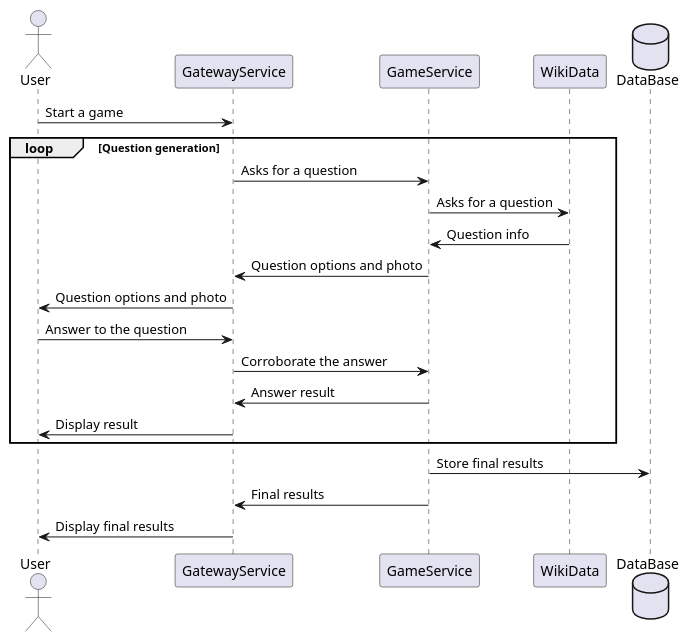
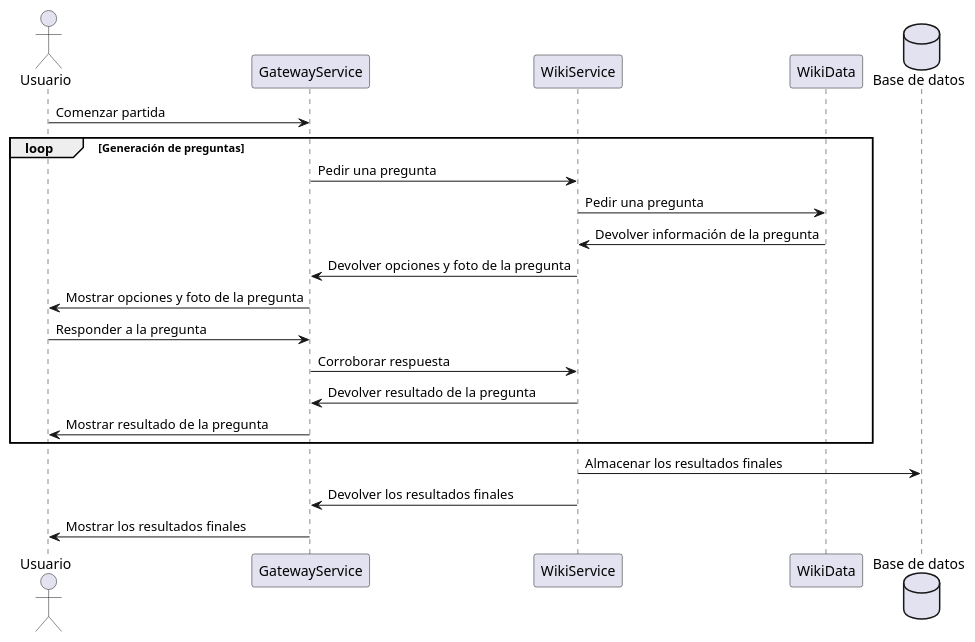
The third of 3 diagrams in docs/src/06_runtime_view.adoc (Arquisoft/wichat_es5a), drawn with PlantUML before and after one commit. The commit also changed other lines of this file, not shown here.

```diff
--- a/docs/src/06_runtime_view.adoc
+++ b/docs/src/06_runtime_view.adoc
@@ -103,26 +102,26 @@
 [plantuml,"Play diagram",png]
 ----
 
-actor User
+actor Usuario
 participant "GatewayService" as GS
-participant "GameService" as Game
+participant "WikiService" as WS
 participant "WikiData" as WD
-database "DataBase" as DB
+database "Base de datos" as DB
 
-User -> GS: Start a game
-loop Question generation
-    GS -> Game: Asks for a question
-    Game -> WD: Asks for a question
-    WD -> Game: Question info
-    Game -> GS: Question options and photo
-    GS -> User: Question options and photo
-    User -> GS: Answer to the question
-    GS -> Game: Corroborate the answer
-    Game -> GS: Answer result
-    GS -> User: Display result
+Usuario -> GS: Comenzar partida
+loop Generación de preguntas
+    GS -> WS: Pedir una pregunta
+    WS -> WD: Pedir una pregunta
+    WD -> WS: Devolver información de la pregunta
+    WS -> GS: Devolver opciones y foto de la pregunta
+    GS -> Usuario: Mostrar opciones y foto de la pregunta
+    Usuario -> GS: Responder a la pregunta
+    GS -> WS: Corroborar respuesta
+    WS -> GS: Devolver resultado de la pregunta
+    GS -> Usuario: Mostrar resultado de la pregunta
 end
-Game -> DB: Store final results
-Game -> GS: Final results
-GS -> User: Display final results
+WS -> DB: Almacenar los resultados finales
+WS -> GS: Devolver los resultados finales
+GS -> Usuario: Mostrar los resultados finales
 
 ----
```
